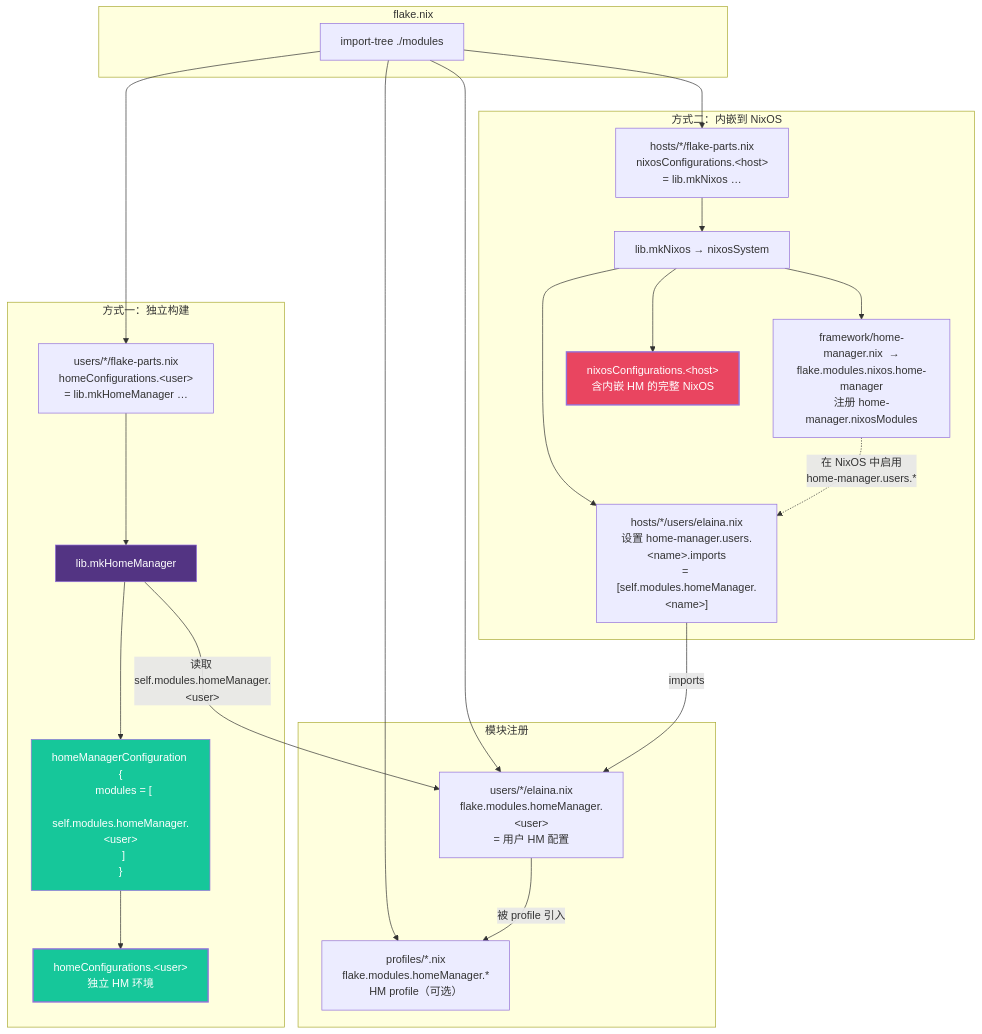
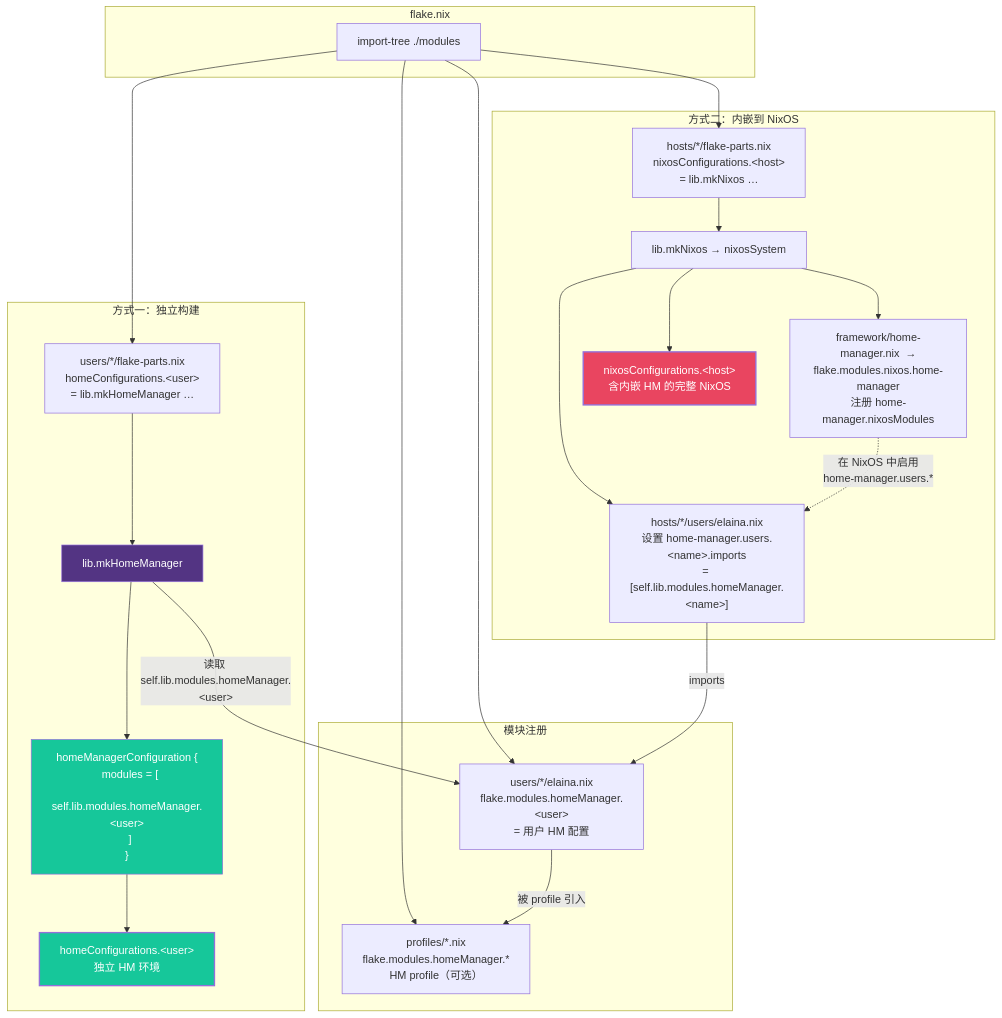
One commit to qianlitt/nixos-config changed the third of 3 diagrams in docs/architecture.md. Above: the diagram before and after it, drawn with Mermaid. The commit also changed other lines of this file and 24 other files, not shown here.

````diff
--- a/docs/architecture.md
+++ b/docs/architecture.md
@@ -107,50 +120,50 @@
 ```mermaid
 flowchart TB
     subgraph FlakeEntry [flake.nix]
         A["import-tree ./modules"]
     end
 
     subgraph HmRegister [模块注册]
         U["users/*/elaina.nix<br/>flake.modules.homeManager.&lt;user&gt;<br/>= 用户 HM 配置"]
         HPROF["profiles/*.nix<br/>flake.modules.homeManager.*<br/>HM profile（可选）"]
     end
 
     subgraph Standalone [方式一：独立构建]
         SO["users/*/flake-parts.nix<br/>homeConfigurations.&lt;user&gt;<br/>= lib.mkHomeManager …"]
         SL["lib.mkHomeManager"]
-        SHM["homeManagerConfiguration {<br/>  modules = [<br/>    self.modules.homeManager.&lt;user&gt;<br/>  ]<br/>}"]
+        SHM["homeManagerConfiguration {<br/>  modules = [<br/>    self.lib.modules.homeManager.&lt;user&gt;<br/>  ]<br/>}"]
         SC["homeConfigurations.&lt;user&gt;<br/>独立 HM 环境"]
     end
 
     subgraph Embedded [方式二：内嵌到 NixOS]
         EO["hosts/*/flake-parts.nix<br/>nixosConfigurations.&lt;host&gt;<br/>= lib.mkNixos …"]
         EL["lib.mkNixos → nixosSystem"]
         EBRIDGE["framework/home-manager.nix  →<br/>flake.modules.nixos.home-manager<br/>注册 home-manager.nixosModules"]
-        EUSER["hosts/*/users/elaina.nix<br/>设置 home-manager.users.&lt;name&gt;.imports<br/>= [self.modules.homeManager.&lt;name&gt;]"]
+        EUSER["hosts/*/users/elaina.nix<br/>设置 home-manager.users.&lt;name&gt;.imports<br/>= [self.lib.modules.homeManager.&lt;name&gt;]"]
         ENIXOS["nixosConfigurations.&lt;host&gt;<br/>含内嵌 HM 的完整 NixOS"]
     end
 
     A --> U
     A --> HPROF
     A --> SO
     A --> EO
 
     U -->|被 profile 引入| HPROF
 
     SO --> SL
-    SL -->|读取 self.modules.homeManager.&lt;user&gt;| U
+    SL -->|读取 self.lib.modules.homeManager.&lt;user&gt;| U
     SL --> SHM
     SHM --> SC
 
     EO --> EL
     EL --> EBRIDGE
     EL --> EUSER
     EUSER -->|imports| U
     EBRIDGE -.->|在 NixOS 中启用<br/>home-manager.users.*| EUSER
     EL --> ENIXOS
 
     style SL fill:#533483,color:#fff
     style SHM fill:#16c79a,color:#fff
     style ENIXOS fill:#e94560,color:#fff,stroke-width:2px
     style SC fill:#16c79a,color:#fff,stroke-width:2px
 ```
````
